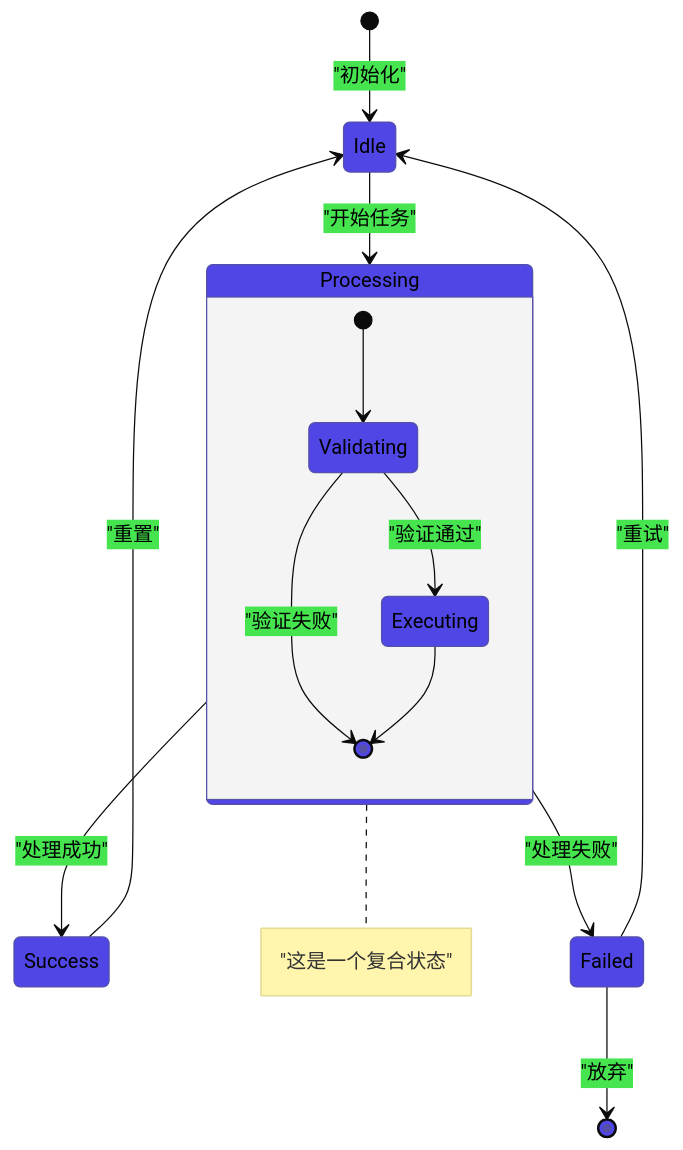
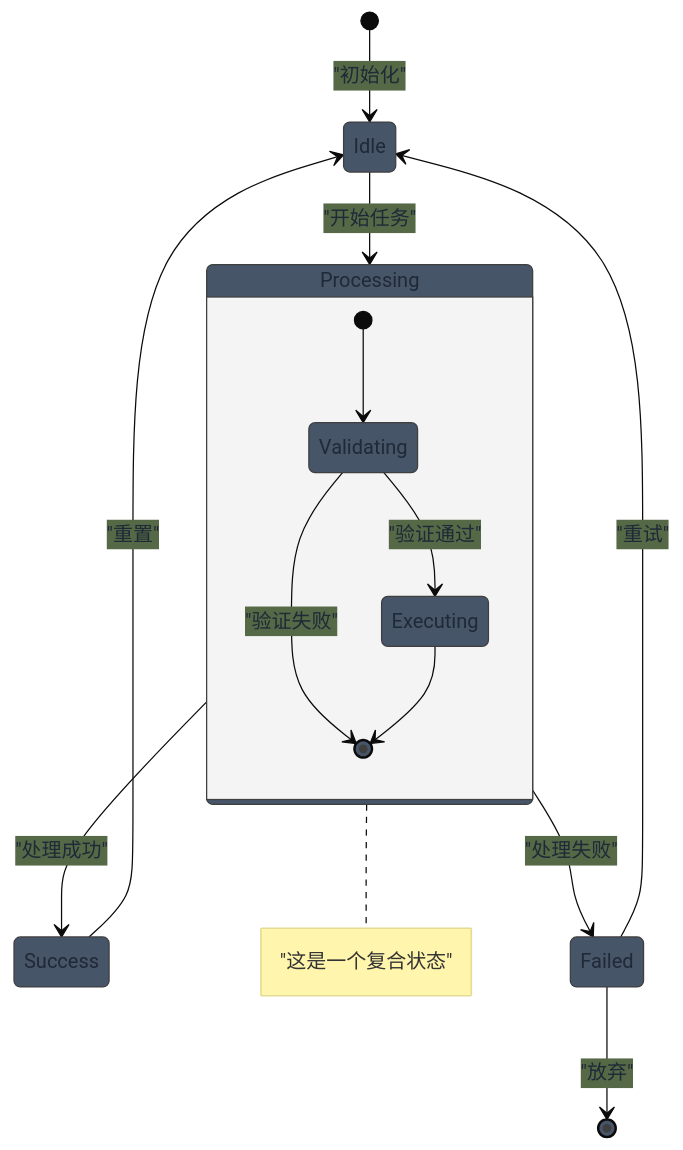
The eighth of 17 diagrams in mermaid-generator/SKILL.md (unix2dos/skills), drawn with Mermaid before and after one commit. The commit also changed other lines of this file, not shown here.

````diff
--- a/mermaid-generator/SKILL.md
+++ b/mermaid-generator/SKILL.md
@@ -269,22 +269,22 @@
 ```mermaid
-%%{init: {'theme': 'base', 'themeVariables': {'primaryColor': '#4F46E5', 'primaryTextColor': '#000'}}}%%
+%%{init: {'theme': 'base', 'themeVariables': {'primaryColor': '#475569', 'primaryTextColor': '#1F2937'}}}%%
 stateDiagram-v2
     [*] --> Idle: "初始化"
 
     Idle --> Processing: "开始任务"
     Processing --> Success: "处理成功"
     Processing --> Failed: "处理失败"
 
     Success --> Idle: "重置"
     Failed --> Idle: "重试"
     Failed --> [*]: "放弃"
 
     state Processing {
         [*] --> Validating
         Validating --> Executing: "验证通过"
         Validating --> [*]: "验证失败"
         Executing --> [*]
     }
 
     note right of Processing: "这是一个复合状态"
 ```
````
